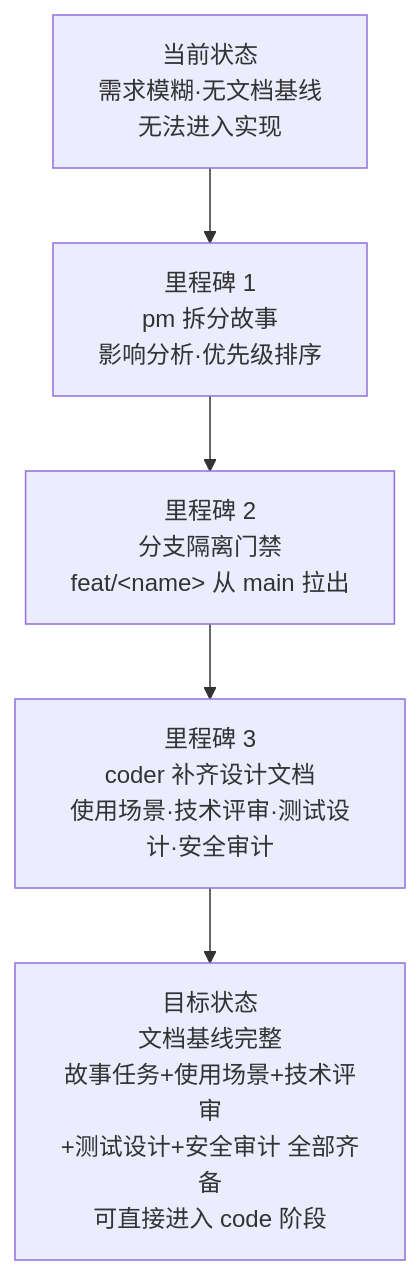
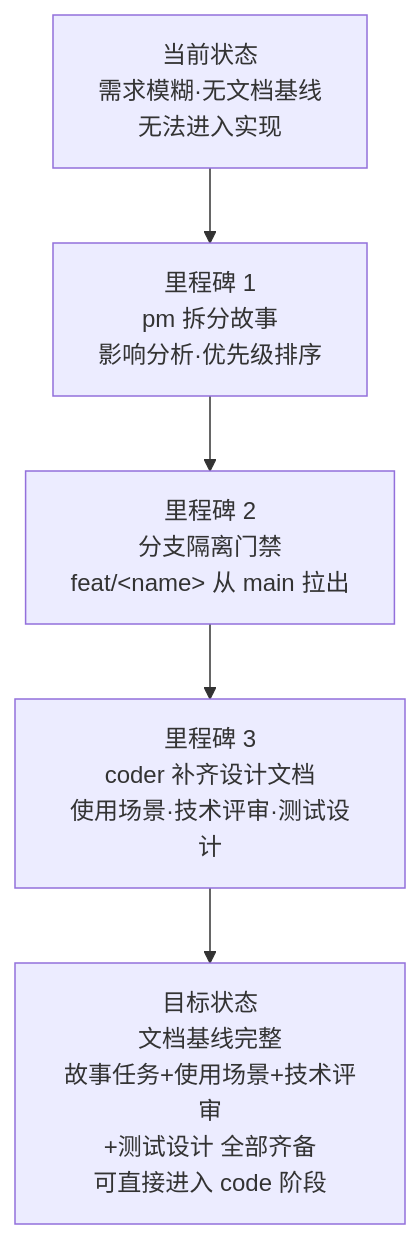
One commit to effiy/YrY changed the fifth of 13 diagrams in skills/rui/SKILL.md. Above: the diagram before and after it, drawn with Mermaid. The commit also changed other lines of this file and 91 other files, not shown here.

````diff
--- a/skills/rui/SKILL.md
+++ b/skills/rui/SKILL.md
@@ -262,9 +255,9 @@
 ```mermaid
 flowchart TD
     NOW["当前状态<br/>需求模糊·无文档基线<br/>无法进入实现"]:::pain
     NOW --> M1["里程碑 1<br/>pm 拆分故事<br/>影响分析·优先级排序"]:::milestone
     M1 --> M2["里程碑 2<br/>分支隔离门禁<br/>feat/&lt;name&gt; 从 main 拉出"]:::milestone
-    M2 --> M3["里程碑 3<br/>coder 补齐设计文档<br/>使用场景·技术评审·测试设计·安全审计"]:::milestone
-    M3 --> GOAL["目标状态<br/>文档基线完整<br/>故事任务+使用场景+技术评审<br/>+测试设计+安全审计 全部齐备<br/>可直接进入 code 阶段"]:::goal
+    M2 --> M3["里程碑 3<br/>coder 补齐设计文档<br/>使用场景·技术评审·测试设计"]:::milestone
+    M3 --> GOAL["目标状态<br/>文档基线完整<br/>故事任务+使用场景+技术评审<br/>+测试设计 全部齐备<br/>可直接进入 code 阶段"]:::goal
 
 ```
````
